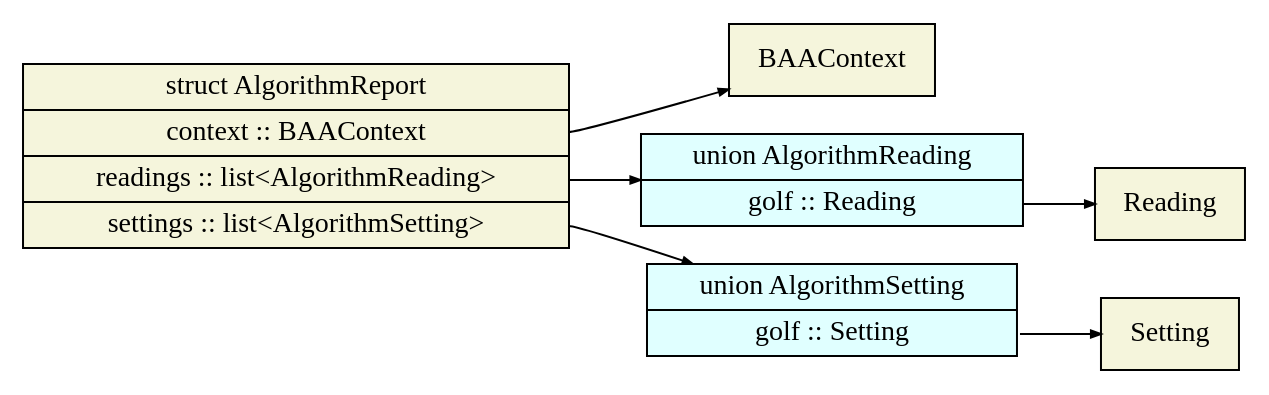
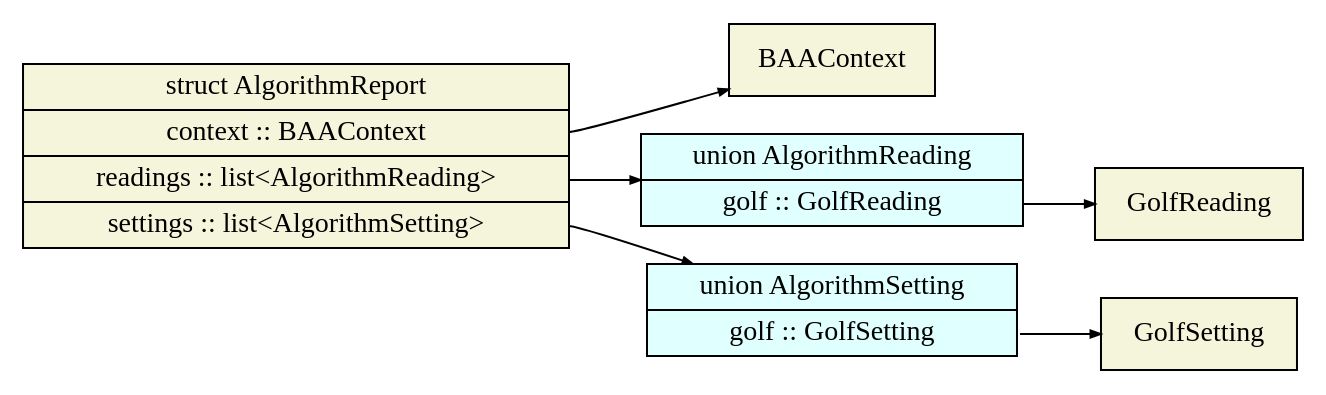
Before and after one commit to jkwong80/baa_messages: the diagram in docs/thrift/algorithm.gv, drawn with Graphviz. The commit also changed 38 other files, not shown here.

```diff
--- a/docs/thrift/algorithm.gv
+++ b/docs/thrift/algorithm.gv
@@ -1,16 +1,16 @@
 digraph "algorithm" {
 node [style=filled, shape=record];
 edge [arrowsize=0.5];
 rankdir=LR
 node [fillcolor=lightcyan];
-AlgorithmReading [label="union AlgorithmReading|<field_golf>golf :: Reading"];
+AlgorithmReading [label="union AlgorithmReading|<field_golf>golf :: GolfReading"];
 node [fillcolor=lightcyan];
-AlgorithmSetting [label="union AlgorithmSetting|<field_golf>golf :: Setting"];
+AlgorithmSetting [label="union AlgorithmSetting|<field_golf>golf :: GolfSetting"];
 node [fillcolor=beige];
 AlgorithmReport [label="struct AlgorithmReport|<field_context>context :: BAAContext|<field_readings>readings :: list\<AlgorithmReading\>|<field_settings>settings :: list\<AlgorithmSetting\>"];
-AlgorithmReading:field_golf -> Reading
-AlgorithmSetting:field_golf -> Setting
+AlgorithmReading:field_golf -> GolfReading
+AlgorithmSetting:field_golf -> GolfSetting
 AlgorithmReport:field_context -> BAAContext
 AlgorithmReport:field_readings -> AlgorithmReading
 AlgorithmReport:field_settings -> AlgorithmSetting
 }
```
